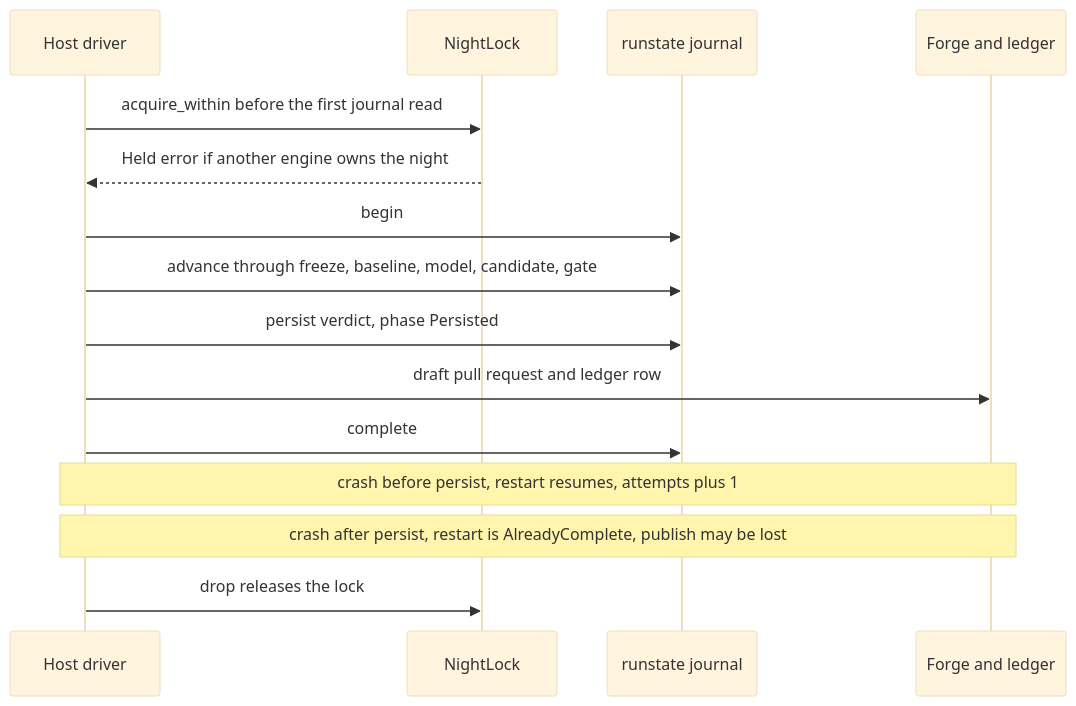
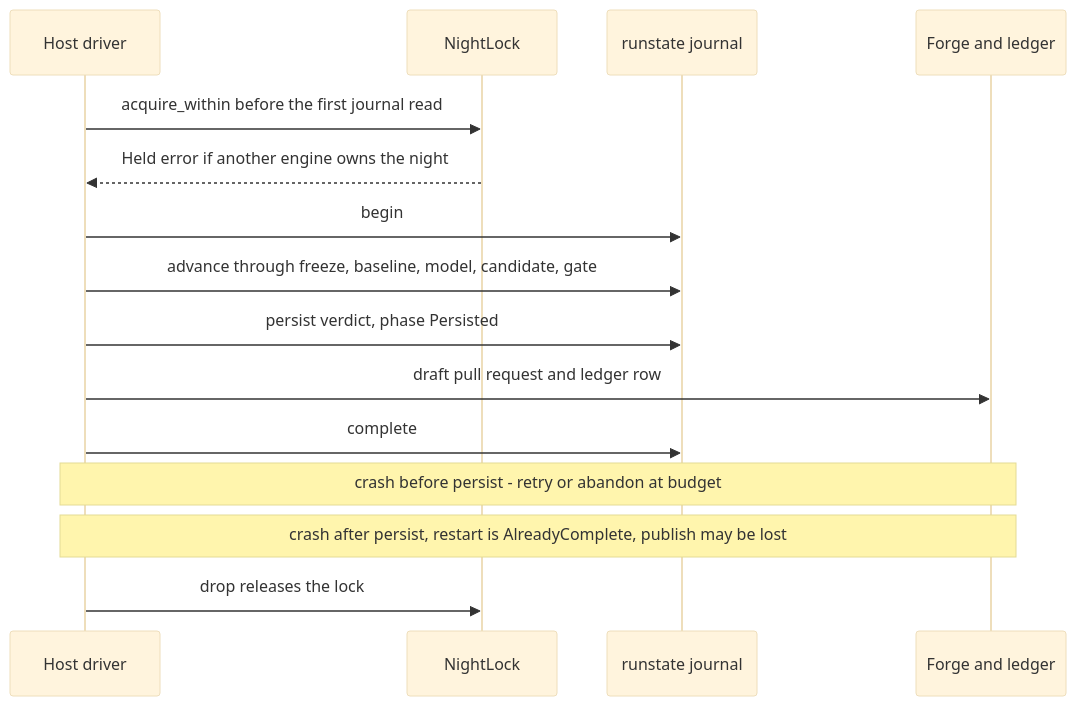
One commit to DreamLab-AI/dream-engine changed the fourth of 4 diagrams in docs/diagrams/nightly/01-the-nightly-loop-and-run-state.md. Above: the diagram before and after it, drawn with Mermaid (base theme). The commit also changed other lines of this file and 11 other files, not shown here.

Commit message:
docs: reconcile all dream-engine diagrams with current source contracts

````diff
--- a/docs/diagrams/nightly/01-the-nightly-loop-and-run-state.md
+++ b/docs/diagrams/nightly/01-the-nightly-loop-and-run-state.md
@@ -191,17 +179,17 @@
 ```mermaid
 sequenceDiagram
     participant H as Host driver
     participant K as NightLock
     participant J as runstate journal
     participant X as Forge and ledger
     H->>K: acquire_within before the first journal read
     K-->>H: Held error if another engine owns the night
     H->>J: begin
     H->>J: advance through freeze, baseline, model, candidate, gate
     H->>J: persist verdict, phase Persisted
     H->>X: draft pull request and ledger row
     H->>J: complete
-    Note over H,X: crash before persist, restart resumes, attempts plus 1
+    Note over H,X: crash before persist - retry or abandon at budget
     Note over H,X: crash after persist, restart is AlreadyComplete, publish may be lost
     H->>K: drop releases the lock
 ```
````
